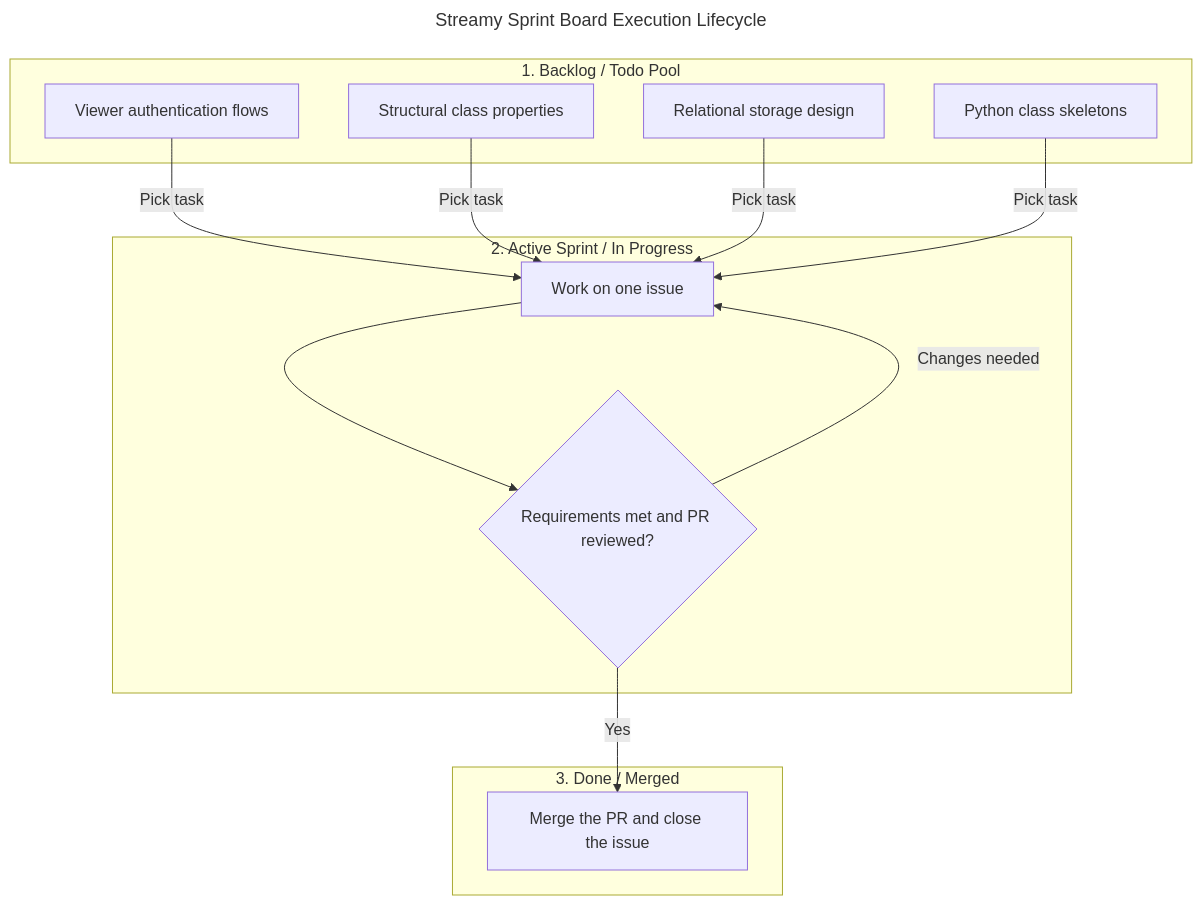
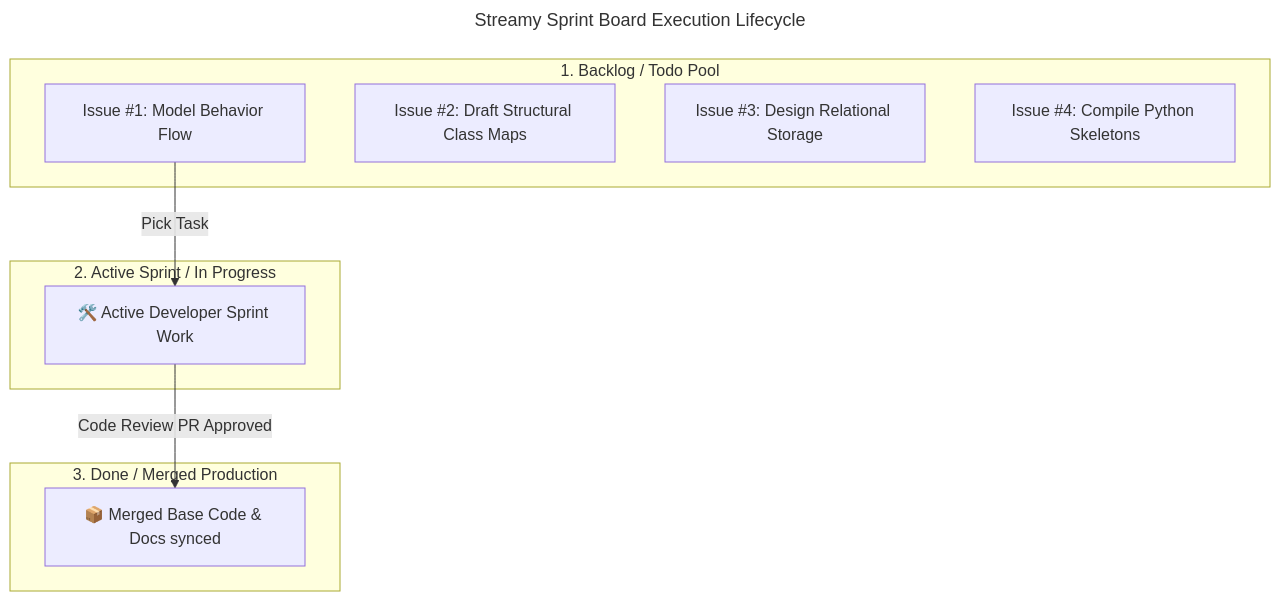
The first of 2 diagrams in sprint_architecture.md (aliasgarov007-dot/Streamy-Software-Technology), drawn with Mermaid before and after one commit. The commit also changed other lines of this file and 3 other files, not shown here.

````diff
--- a/sprint_architecture.md
+++ b/sprint_architecture.md
@@ -13,26 +1,25 @@
 ```mermaid
 ---
 title: Streamy Sprint Board Execution Lifecycle
 ---
 flowchart TD
-    subgraph Backlog [1. Backlog / Todo Pool]
-        T1["Viewer authentication flows"]
-        T2["Structural class properties"]
-        T3["Relational storage design"]
-        T4["Python class skeletons"]
-    end
-    subgraph ActiveSprint [2. Active Sprint / In Progress]
-        Active["Work on one issue"]
-        Review{"Requirements met and PR reviewed?"}
-    end
-    subgraph VerifiedDone [3. Done / Merged]
-        Merged["Merge the PR and close the issue"]
-    end
-    T1 -->|Pick task| Active
-    T2 -->|Pick task| Active
-    T3 -->|Pick task| Active
-    T4 -->|Pick task| Active
-    Active --> Review
-    Review -->|Changes needed| Active
-    Review -->|Yes| Merged
+%% Define Lane Subgraphs to simulate Kanban state boundaries
+subgraph Backlog [1. Backlog / Todo Pool]
+T1[Issue #1: Model Behavior Flow]
+T2[Issue #2: Draft Structural Class Maps]
+T3[Issue #3: Design Relational Storage]
+T4[Issue #4: Compile Python Skeletons]
+end
+
+subgraph ActiveSprint [2. Active Sprint / In Progress]
+Active["🛠️ Active Developer Sprint Work"]
+end
+
+subgraph VerifiedDone [3. Done / Merged Production]
+Merged["📦 Merged Base Code & Docs synced"]
+end
+
+%% Flow transitions
+T1 --> |Pick Task| Active
+Active --> |Code Review PR Approved| Merged
 ```
````
